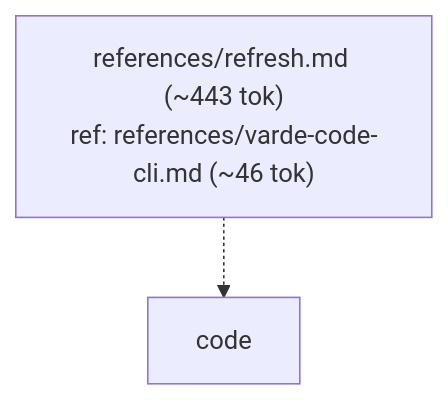
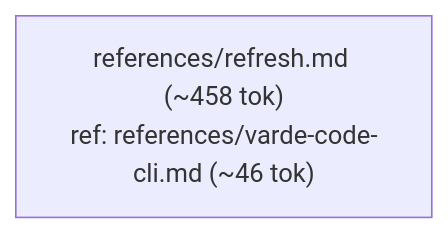
The second of 5 diagrams in skills/varde-docs/FLOW.md (alecegg/varde), drawn with Mermaid before and after one commit. The commit also changed other lines of this file and 269 other files, not shown here.

````diff
--- a/skills/varde-docs/FLOW.md
+++ b/skills/varde-docs/FLOW.md
@@ -52,6 +36,4 @@
 ```mermaid
 flowchart TD
-  n0["references/refresh.md (~443 tok)<br/>ref: references/varde-code-cli.md (~46 tok)"]
-  n1["code"]
-  n0 -.-> n1
+  n0["references/refresh.md (~458 tok)<br/>ref: references/varde-code-cli.md (~46 tok)"]
 ```
````
